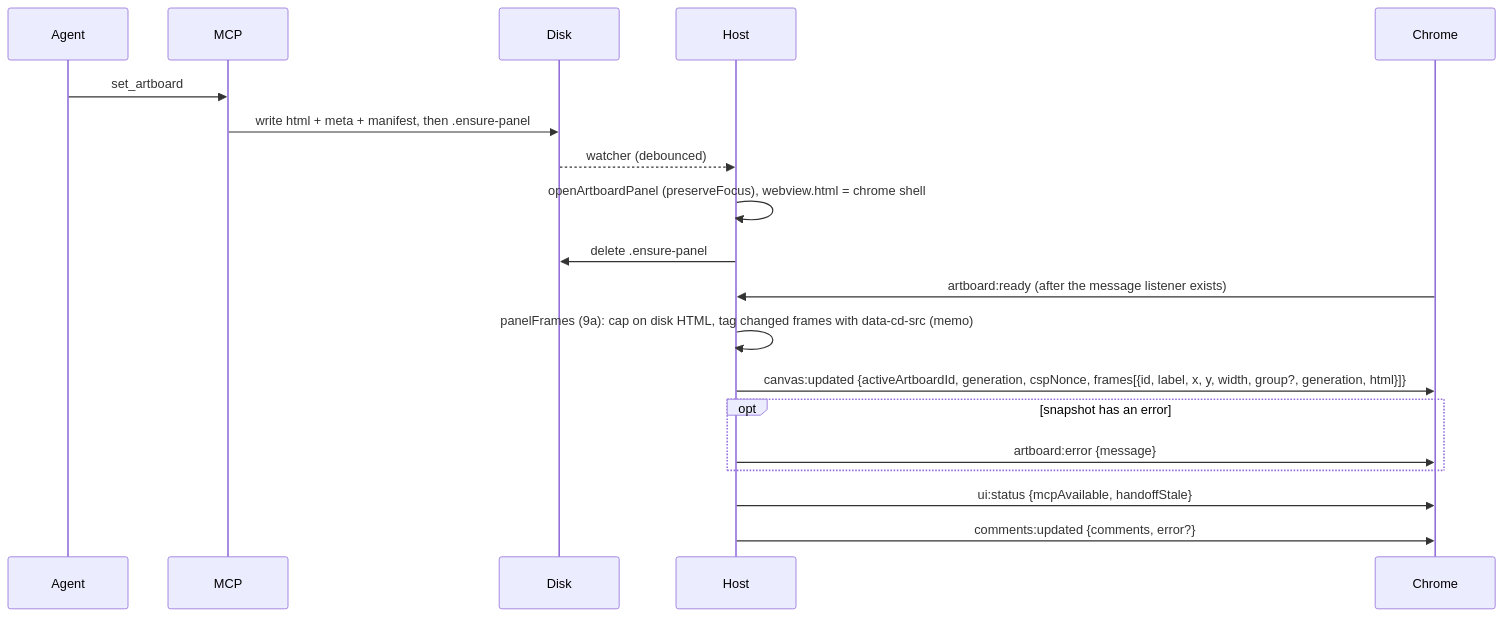
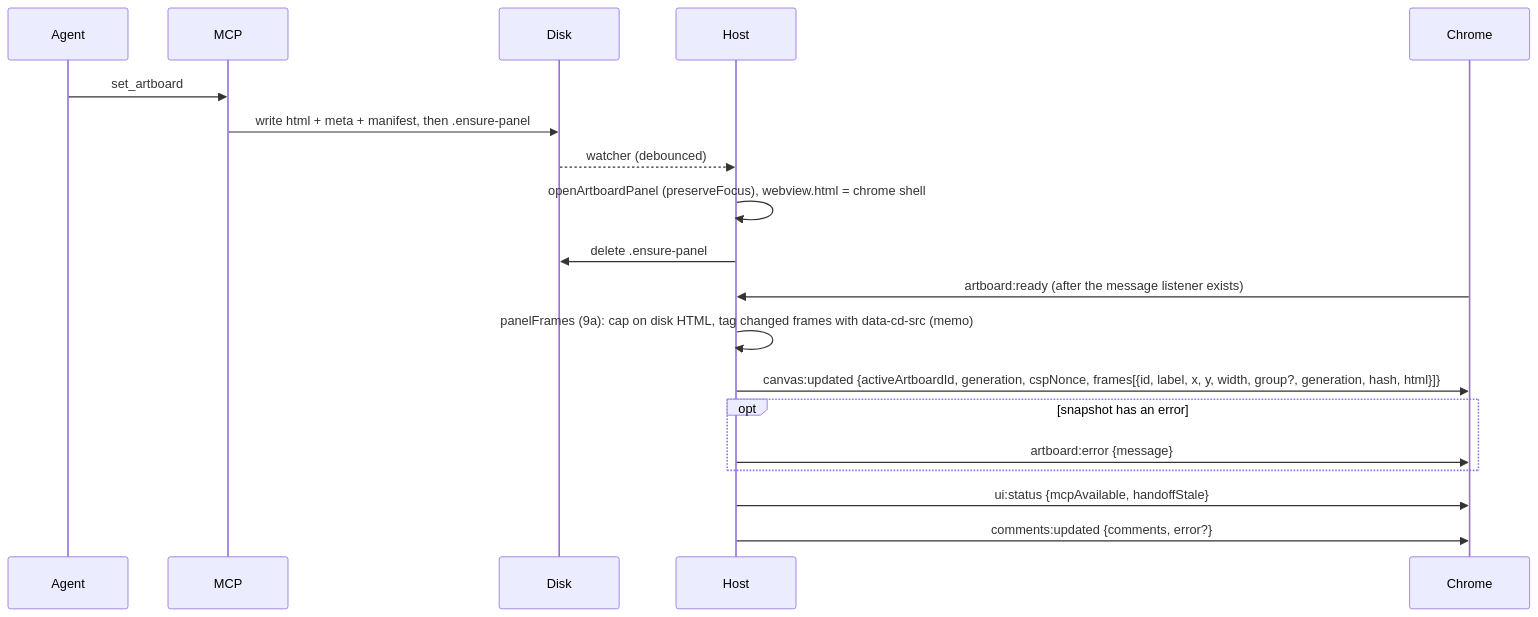
One commit to MarekBombera/cursor-design-extension changed the third of 11 diagrams in blueprint/context/system-map.md. Above: the diagram before and after it, drawn with Mermaid. The commit also changed other lines of this file and 46 other files, not shown here.

````diff
--- a/blueprint/context/system-map.md
+++ b/blueprint/context/system-map.md
@@ -121,21 +121,21 @@
 ```mermaid
 sequenceDiagram
   participant A as Agent
   participant M as MCP
   participant D as Disk
   participant H as Host
   participant C as Chrome
   A->>M: set_artboard
   M->>D: write html + meta + manifest, then .ensure-panel
   D-->>H: watcher (debounced)
   H->>H: openArtboardPanel (preserveFocus), webview.html = chrome shell
   H->>D: delete .ensure-panel
   C->>H: artboard:ready (after the message listener exists)
   H->>H: panelFrames (9a): cap on disk HTML, tag changed frames with data-cd-src (memo)
-  H->>C: canvas:updated {activeArtboardId, generation, cspNonce, frames[{id, label, x, y, width, group?, generation, html}]}
+  H->>C: canvas:updated {activeArtboardId, generation, cspNonce, frames[{id, label, x, y, width, group?, generation, hash, html}]}
   opt snapshot has an error
     H->>C: artboard:error {message}
   end
   H->>C: ui:status {mcpAvailable, handoffStale}
   H->>C: comments:updated {comments, error?}
 ```
````
